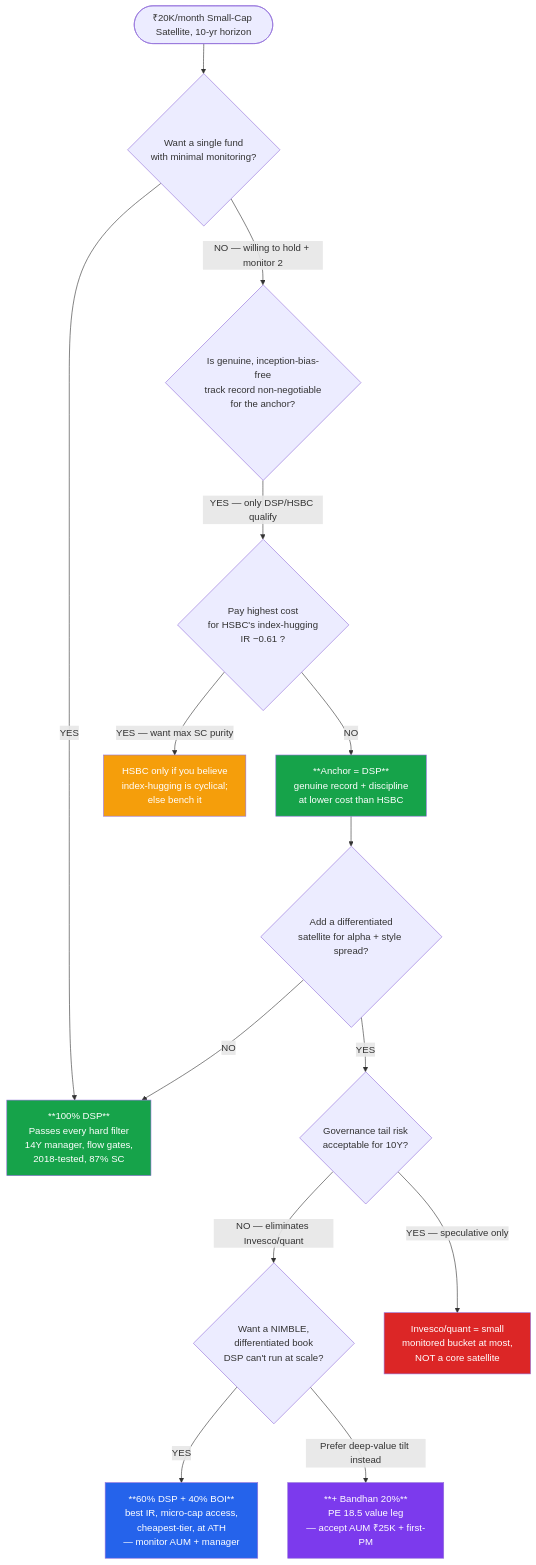
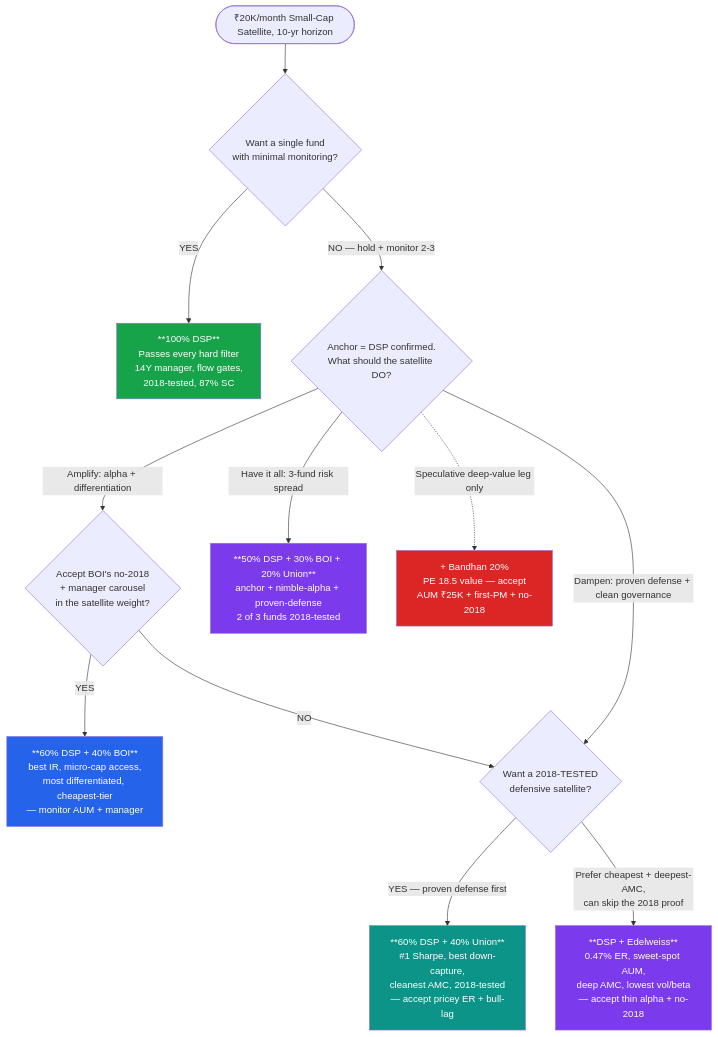
Before and after one commit to mayankutkarsh334/Investment: the fifth of 5 diagrams in Mutual Fund/SmallCap/decision_tree.md, drawn with Mermaid. The commit also changed other lines of this file and 13 other files, not shown here.

Commit message:
Updated small cap

````diff
--- a/Mutual Fund/SmallCap/decision_tree.md
+++ b/Mutual Fund/SmallCap/decision_tree.md
@@ -250,30 +295,28 @@
 ```mermaid
 flowchart TD
     START([₹20K/month Small-Cap Satellite, 10-yr horizon])
     START --> Q1{Want a single fund<br/>with minimal monitoring?}
 
     Q1 -->|YES| R_DSP[**100% DSP**<br/>Passes every hard filter<br/>14Y manager, flow gates,<br/>2018-tested, 87% SC]
 
-    Q1 -->|NO — willing to hold + monitor 2| Q2{Is genuine, inception-bias-free<br/>track record non-negotiable<br/>for the anchor?}
+    Q1 -->|NO — hold + monitor 2-3| Q2{Anchor = DSP confirmed.<br/>What should the satellite DO?}
 
-    Q2 -->|YES — only DSP/HSBC qualify| Q3{Pay highest cost<br/>for HSBC's index-hugging<br/>IR −0.61 ?}
-    Q3 -->|NO| ANCHOR[**Anchor = DSP**<br/>genuine record + discipline<br/>at lower cost than HSBC]
-    Q3 -->|YES — want max SC purity| HSBC_BENCH[HSBC only if you believe<br/>index-hugging is cyclical;<br/>else bench it]
+    Q2 -->|Amplify: alpha + differentiation| Q3{Accept BOI's no-2018<br/>+ manager carousel<br/>in the satellite weight?}
+    Q3 -->|YES| R_BOI[**60% DSP + 40% BOI**<br/>best IR, micro-cap access,<br/>most differentiated, cheapest-tier<br/>— monitor AUM + manager]
+    Q3 -->|NO| Q4
 
-    ANCHOR --> Q4{Add a differentiated<br/>satellite for alpha + style spread?}
-    Q4 -->|NO| R_DSP
-    Q4 -->|YES| Q5{Governance tail risk<br/>acceptable for 10Y?}
+    Q2 -->|Dampen: proven defense + clean governance| Q4{Want a 2018-TESTED<br/>defensive satellite?}
+    Q4 -->|YES — proven defense first| R_UNION[**60% DSP + 40% Union**<br/>#1 Sharpe, best down-capture,<br/>cleanest AMC, 2018-tested<br/>— accept pricey ER + bull-lag]
+    Q4 -->|Prefer cheapest + deepest-AMC,<br/>can skip the 2018 proof| R_EDEL[**DSP + Edelweiss**<br/>0.47% ER, sweet-spot AUM,<br/>deep AMC, lowest vol/beta<br/>— accept thin alpha + no-2018]
 
-    Q5 -->|NO — eliminates Invesco/quant| Q6{Want a NIMBLE,<br/>differentiated book<br/>DSP can't run at scale?}
-    Q5 -->|YES — speculative only| INV[Invesco/quant = small<br/>monitored bucket at most,<br/>NOT a core satellite]
+    Q2 -->|Have it all: 3-fund risk spread| R_TRI[**50% DSP + 30% BOI + 20% Union**<br/>anchor + nimble-alpha + proven-defense<br/>2 of 3 funds 2018-tested]
 
-    Q6 -->|YES| R_BOI[**60% DSP + 40% BOI**<br/>best IR, micro-cap access,<br/>cheapest-tier, at ATH<br/>— monitor AUM + manager]
-    Q6 -->|Prefer deep-value tilt instead| R_BAND[**+ Bandhan 20%**<br/>PE 18.5 value leg<br/>— accept AUM ₹25K + first-PM]
+    Q2 -.->|Speculative deep-value leg only| R_BAND[+ Bandhan 20%<br/>PE 18.5 value — accept<br/>AUM ₹25K + first-PM + no-2018]
 
     style R_DSP fill:#16a34a,color:#fff
-    style ANCHOR fill:#16a34a,color:#fff
     style R_BOI fill:#2563eb,color:#fff
-    style R_BAND fill:#7c3aed,color:#fff
-    style HSBC_BENCH fill:#f59e0b,color:#fff
-    style INV fill:#dc2626,color:#fff
+    style R_UNION fill:#0d9488,color:#fff
+    style R_EDEL fill:#7c3aed,color:#fff
+    style R_TRI fill:#7c3aed,color:#fff
+    style R_BAND fill:#dc2626,color:#fff
 ```
````
